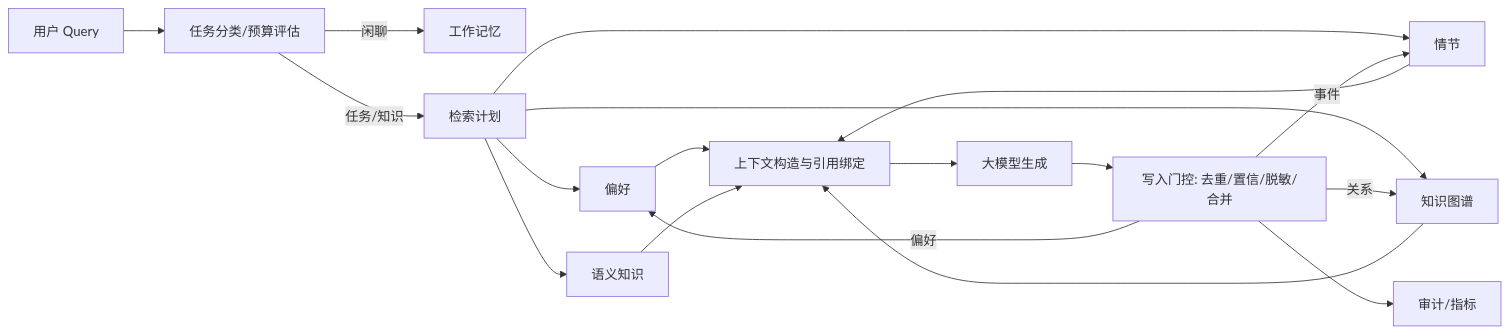
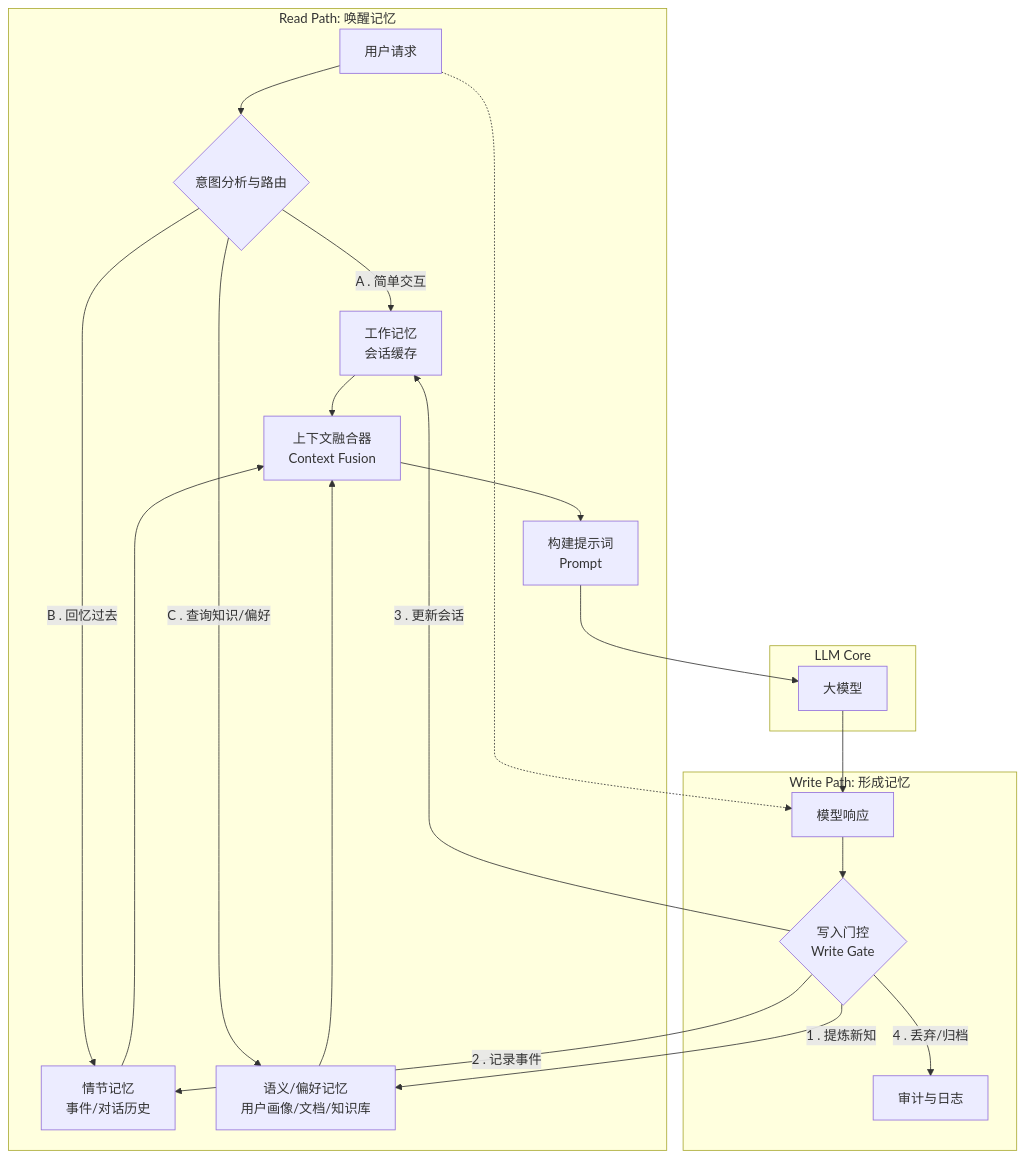
Before and after one commit to iheCoder/code_for_article: the diagram in ai/构建拥有“记忆”的 AI：大模型记忆管理系统设计.md, drawn with Mermaid. The commit also changed other lines of this file, not shown here.

````diff
--- a/ai/构建拥有“记忆”的 AI：大模型记忆管理系统设计.md
+++ b/ai/构建拥有“记忆”的 AI：大模型记忆管理系统设计.md
@@ -326,17 +46,28 @@
 ```mermaid
-flowchart LR
-    Q[用户 Query] --> C[任务分类/预算评估]
-    C -->|闲聊| WM[工作记忆]
-    C -->|任务/知识| RT[检索计划]
-    RT --> PR[偏好]
-    RT --> EP[情节]
-    RT --> SK[语义知识]
-    RT --> KG[知识图谱]
-    PR & EP & SK & KG --> CX[上下文构造与引用绑定]
-    CX --> LLM[大模型生成]
-    LLM --> WG[写入门控: 去重/置信/脱敏/合并]
-    WG -->|偏好| PR
-    WG -->|事件| EP
-    WG -->|关系| KG
-    WG --> LOG[审计/指标]
+graph TD
+    subgraph "Read Path: 唤醒记忆"
+        U[用户请求] --> O{意图分析与路由};
+        O -->|A . 简单交互| WM[工作记忆<br> 会话缓存];
+        O -->|B . 回忆过去| EM[情节记忆<br> 事件/对话历史];
+        O -->|C . 查询知识/偏好| SM[语义/偏好记忆<br> 用户画像/文档/知识库];
+        WM --> F;
+        EM --> F;
+        SM --> F;
+        F[上下文融合器<br> Context Fusion] --> P[构建提示词<br> Prompt];
+    end
+
+    subgraph "LLM Core"
+        P --> LLM[大模型];
+    end
+
+    subgraph "Write Path: 形成记忆"
+        LLM --> R[模型响应];
+        R --> WG{写入门控<br> Write Gate};
+        WG -->|1 . 提炼新知| SM;
+        WG -->|2 . 记录事件| EM;
+        WG -->|3 . 更新会话| WM;
+        WG -->|4 . 丢弃/归档| LOG[审计与日志];
+    end
+
+    U -.-> R;
 ```
````
